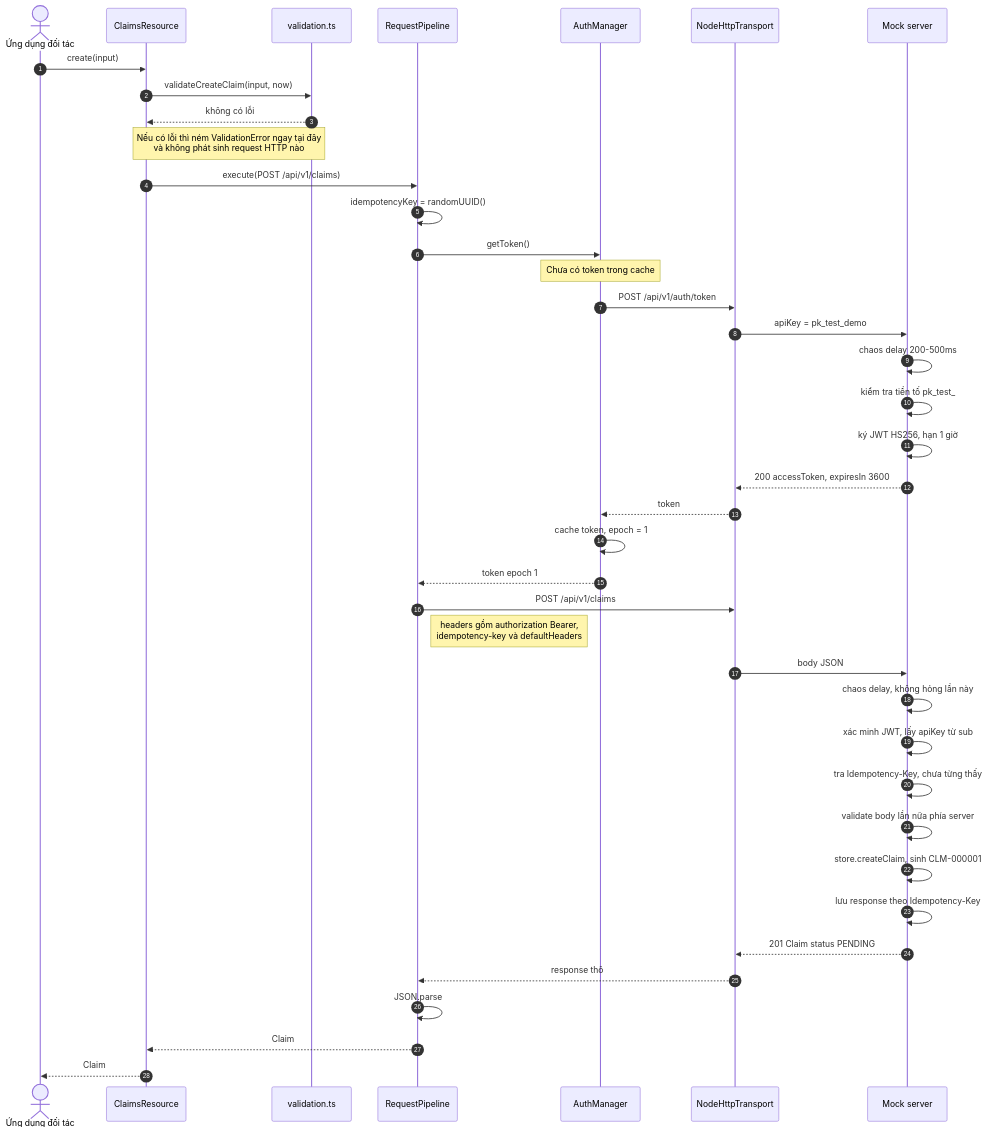
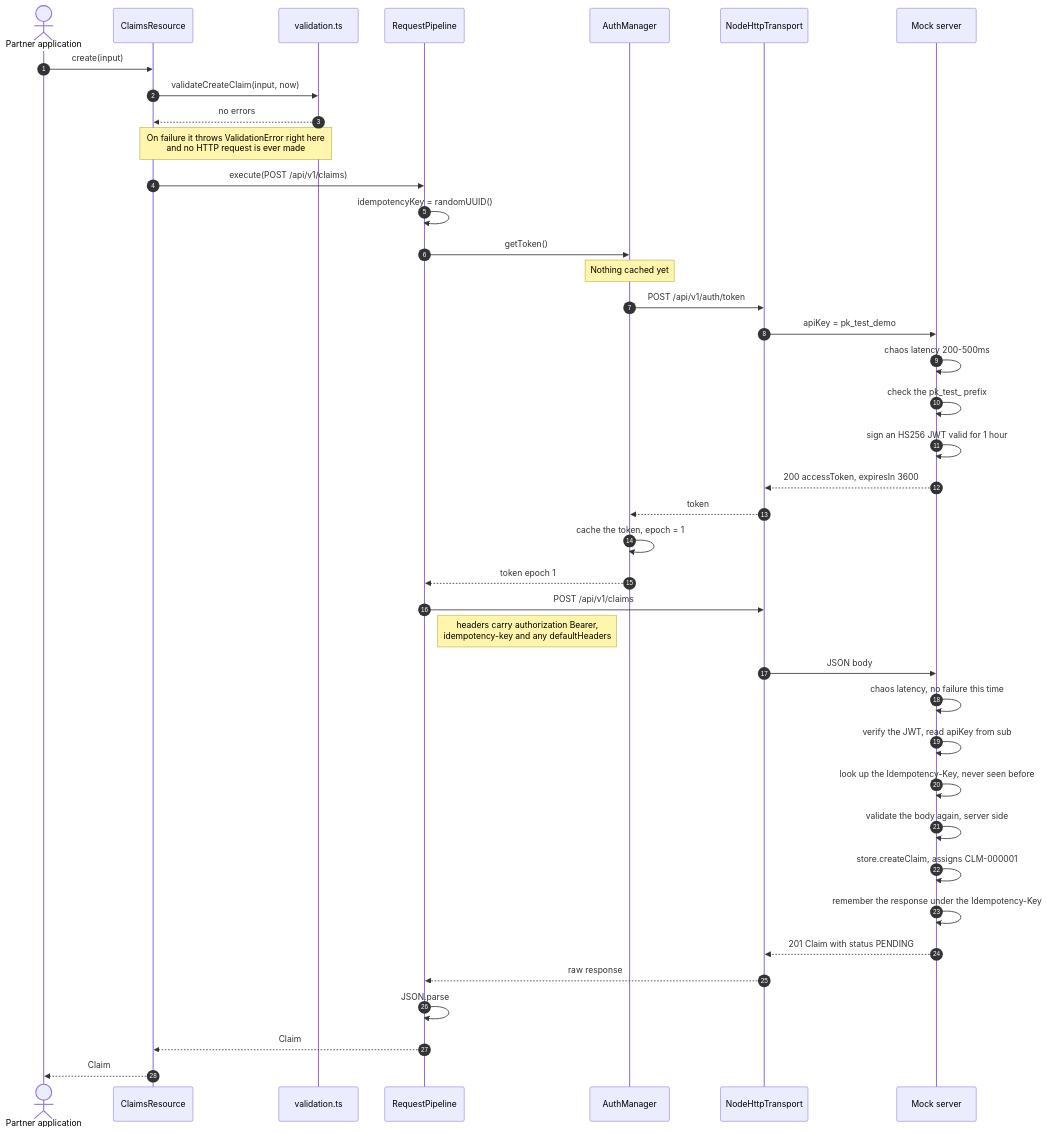
One commit to vuminhluan/ai-challenge13 changed the diagram in docs/diagrams/01-create-claim.md. Above: the diagram before and after it, drawn with Mermaid. The commit also changed other lines of this file and 34 other files, not shown here.

Commit message:
docs: chuyển README, examples, tests và diagrams sang tiếng Anh, thêm bảng timeline

````diff
--- a/docs/diagrams/01-create-claim.md
+++ b/docs/diagrams/01-create-claim.md
@@ -3,48 +3,48 @@
 ```mermaid
 sequenceDiagram
     autonumber
-    actor Partner as Ứng dụng đối tác
+    actor Partner as Partner application
     participant Claims as ClaimsResource
     participant Valid as validation.ts
     participant Pipe as RequestPipeline
     participant Auth as AuthManager
     participant Tr as NodeHttpTransport
     participant Srv as Mock server
 
     Partner->>Claims: create(input)
     Claims->>Valid: validateCreateClaim(input, now)
-    Valid-->>Claims: không có lỗi
+    Valid-->>Claims: no errors
 
-    Note over Claims,Valid: Nếu có lỗi thì ném ValidationError ngay tại đây<br/>và không phát sinh request HTTP nào
+    Note over Claims,Valid: On failure it throws ValidationError right here<br/>and no HTTP request is ever made
 
     Claims->>Pipe: execute(POST /api/v1/claims)
     Pipe->>Pipe: idempotencyKey = randomUUID()
     Pipe->>Auth: getToken()
 
-    Note over Auth: Chưa có token trong cache
+    Note over Auth: Nothing cached yet
 
     Auth->>Tr: POST /api/v1/auth/token
     Tr->>Srv: apiKey = pk_test_demo
-    Srv->>Srv: chaos delay 200-500ms
-    Srv->>Srv: kiểm tra tiền tố pk_test_
-    Srv->>Srv: ký JWT HS256, hạn 1 giờ
+    Srv->>Srv: chaos latency 200-500ms
+    Srv->>Srv: check the pk_test_ prefix
+    Srv->>Srv: sign an HS256 JWT valid for 1 hour
     Srv-->>Tr: 200 accessToken, expiresIn 3600
     Tr-->>Auth: token
-    Auth->>Auth: cache token, epoch = 1
+    Auth->>Auth: cache the token, epoch = 1
     Auth-->>Pipe: token epoch 1
 
     Pipe->>Tr: POST /api/v1/claims
-    Note right of Pipe: headers gồm authorization Bearer,<br/>idempotency-key và defaultHeaders
-    Tr->>Srv: body JSON
-    Srv->>Srv: chaos delay, không hỏng lần này
-    Srv->>Srv: xác minh JWT, lấy apiKey từ sub
-    Srv->>Srv: tra Idempotency-Key, chưa từng thấy
-    Srv->>Srv: validate body lần nữa phía server
-    Srv->>Srv: store.createClaim, sinh CLM-000001
-    Srv->>Srv: lưu response theo Idempotency-Key
-    Srv-->>Tr: 201 Claim status PENDING
-    Tr-->>Pipe: response thô
+    Note right of Pipe: headers carry authorization Bearer,<br/>idempotency-key and any defaultHeaders
+    Tr->>Srv: JSON body
+    Srv->>Srv: chaos latency, no failure this time
+    Srv->>Srv: verify the JWT, read apiKey from sub
+    Srv->>Srv: look up the Idempotency-Key, never seen before
+    Srv->>Srv: validate the body again, server side
+    Srv->>Srv: store.createClaim, assigns CLM-000001
+    Srv->>Srv: remember the response under the Idempotency-Key
+    Srv-->>Tr: 201 Claim with status PENDING
+    Tr-->>Pipe: raw response
     Pipe->>Pipe: JSON.parse
     Pipe-->>Claims: Claim
     Claims-->>Partner: Claim
 ```
````
